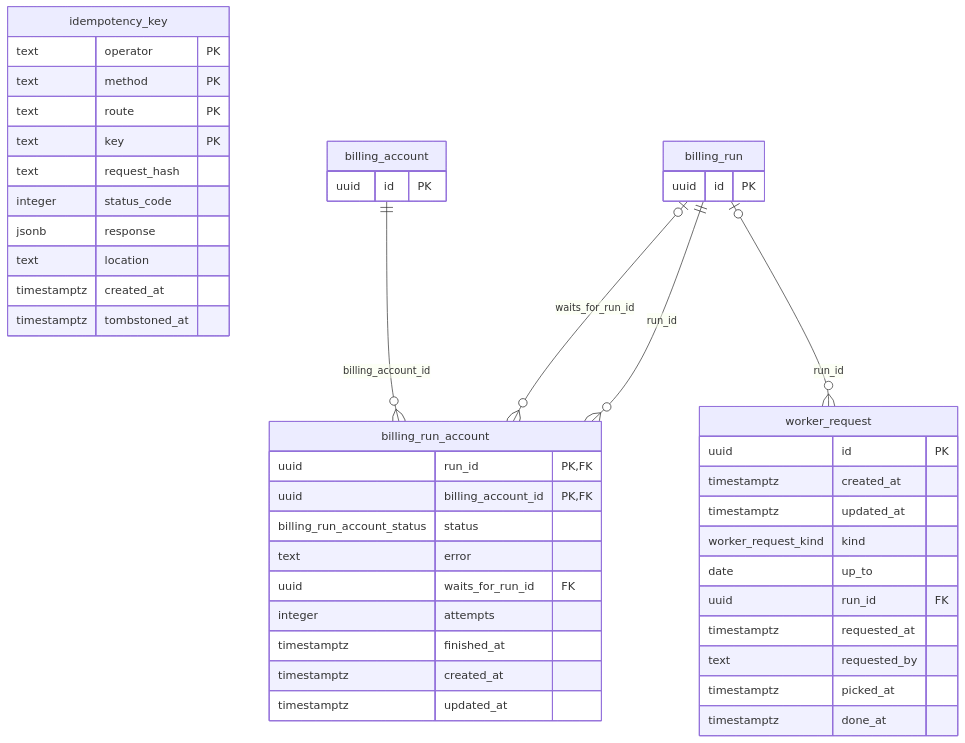
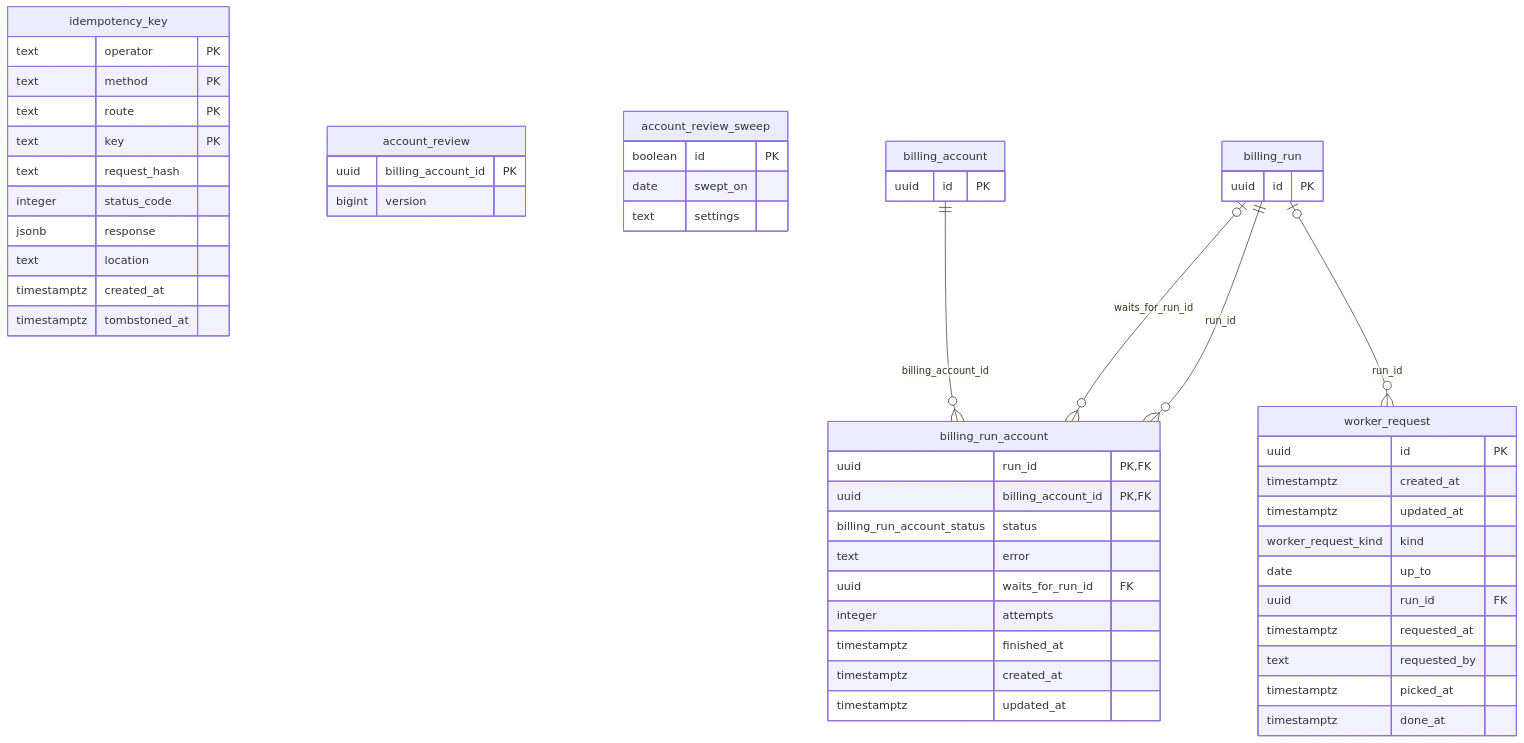
The seventh of 11 diagrams in docs/db/README.md (altharmz/bss), drawn with Mermaid before and after one commit. The commit also changed other lines of this file and 48 other files, not shown here.

First line of the commit message:
Load-test hot spots: indexes, account creation, bucket filter, account review (Refs #292) (#294)

````diff
--- a/docs/db/README.md
+++ b/docs/db/README.md
@@ -1414,48 +1418,57 @@
 ```mermaid
 erDiagram
   billing_run_account {
     uuid run_id PK,FK
     uuid billing_account_id PK,FK
     billing_run_account_status status
     text error
     uuid waits_for_run_id FK
     integer attempts
     timestamptz finished_at
     timestamptz created_at
     timestamptz updated_at
   }
   worker_request {
     uuid id PK
     timestamptz created_at
     timestamptz updated_at
     worker_request_kind kind
     date up_to
     uuid run_id FK
     timestamptz requested_at
     text requested_by
     timestamptz picked_at
     timestamptz done_at
   }
   idempotency_key {
     text operator PK
     text method PK
     text route PK
     text key PK
     text request_hash
     integer status_code
     jsonb response
     text location
     timestamptz created_at
     timestamptz tombstoned_at
   }
+  account_review {
+    uuid billing_account_id PK
+    bigint version
+  }
+  account_review_sweep {
+    boolean id PK
+    date swept_on
+    text settings
+  }
   billing_account {
     uuid id PK
   }
   billing_run {
     uuid id PK
   }
   billing_account ||--o{ billing_run_account : "billing_account_id"
   billing_run |o--o{ billing_run_account : "waits_for_run_id"
   billing_run |o--o{ worker_request : "run_id"
   billing_run ||--o{ billing_run_account : "run_id"
 ```
````
